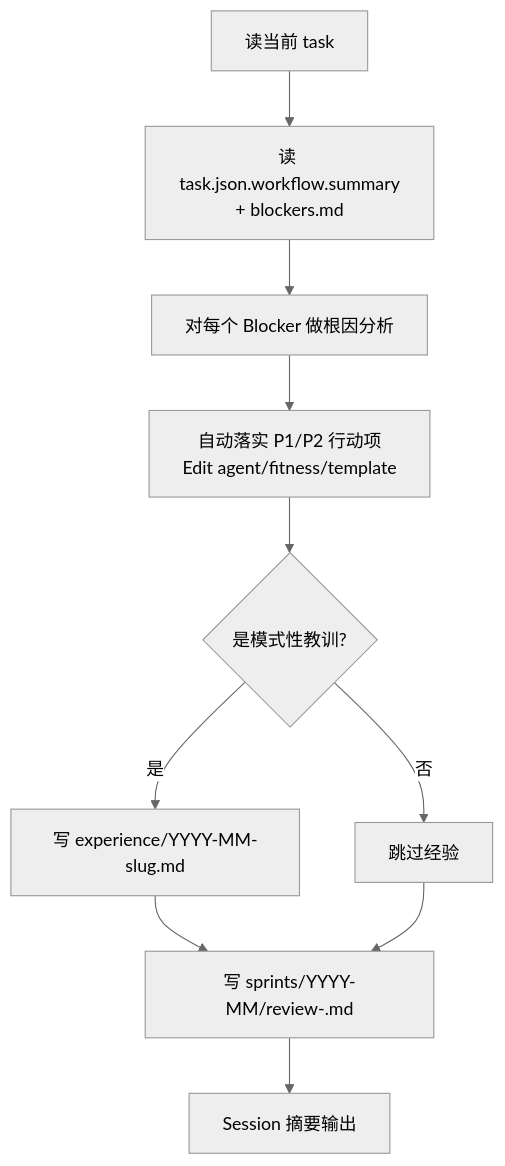
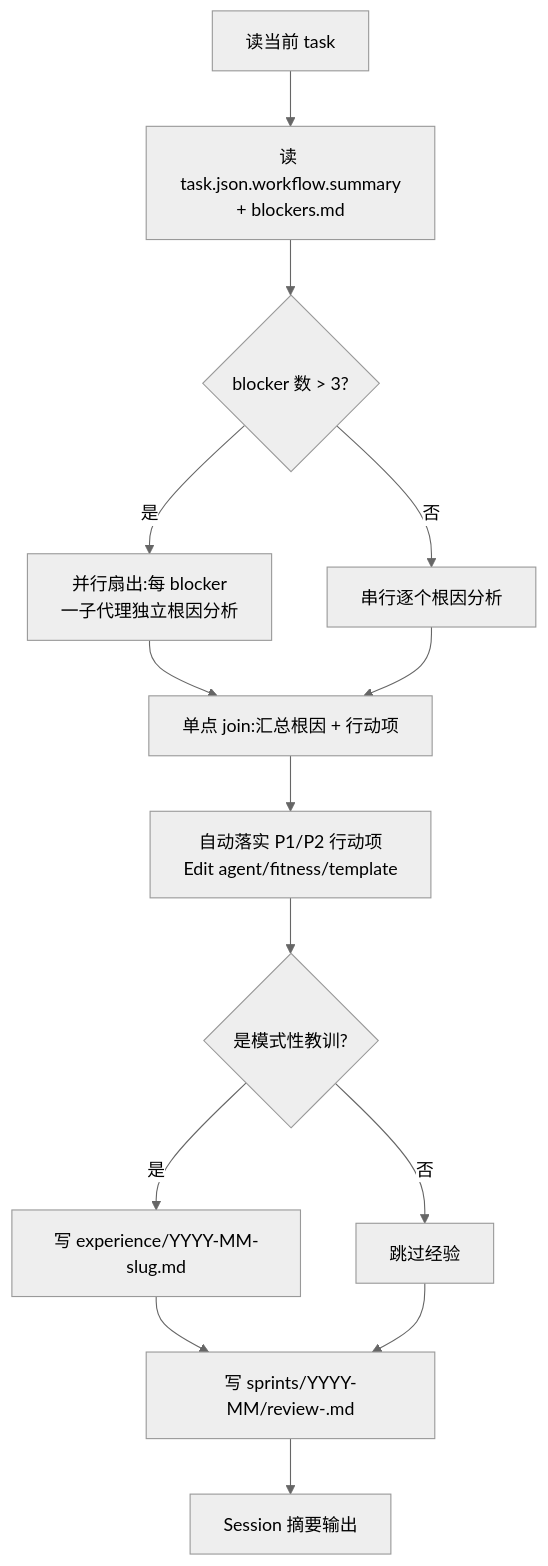
The diagram in .claude/commands/sprint-review.md (dd-xiaozhi/dev-agent-flow), drawn with Mermaid (neutral theme) before and after one commit. The commit also changed other lines of this file and 11 other files, not shown here.

````diff
--- a/.claude/commands/sprint-review.md
+++ b/.claude/commands/sprint-review.md
@@ -30,12 +30,16 @@
 ```mermaid
 flowchart TD
     A[读当前 task] --> B[读 task.json.workflow.summary<br/>+ blockers.md]
-    B --> C[对每个 Blocker 做根因分析]
-    C --> D[自动落实 P1/P2 行动项<br/>Edit agent/fitness/template]
+    B --> C{blocker 数 > 3?}
+    C -->|是| P[并行扇出:每 blocker<br/>一子代理独立根因分析]
+    C -->|否| S[串行逐个根因分析]
+    P --> J[单点 join:汇总根因 + 行动项]
+    S --> J
+    J --> D[自动落实 P1/P2 行动项<br/>Edit agent/fitness/template]
     D --> E{是模式性教训?}
     E -->|是| F[写 experience/YYYY-MM-slug.md]
     E -->|否| G[跳过经验]
     F --> H[写 sprints/YYYY-MM/review-<task_id>.md]
     G --> H
     H --> I[Session 摘要输出]
 ```
````
